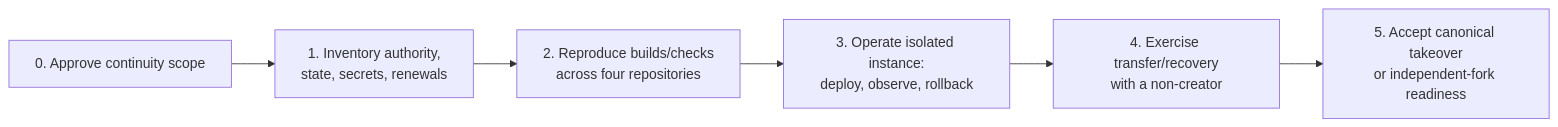
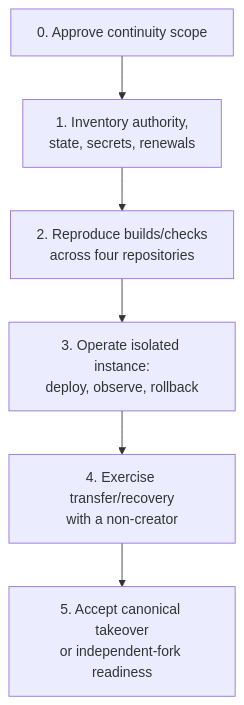
Before and after one commit to wgo-audit/reports: the diagram in audits/vanityurls.link/2026-07-22/controls/maintenance/time-to-safety.md, drawn with Mermaid. The commit also changed 10 other files, not shown here.

Commit message:
Batch fixed mermaid diagrams that were too wide (#11)

````diff
--- a/audits/vanityurls.link/2026-07-22/controls/maintenance/time-to-safety.md
+++ b/audits/vanityurls.link/2026-07-22/controls/maintenance/time-to-safety.md
@@ -22,8 +22,8 @@
 ```mermaid
-flowchart LR
+flowchart TB
   G0["0. Approve continuity scope"] --> G1["1. Inventory authority,<br/>state, secrets, renewals"]
   G1 --> G2["2. Reproduce builds/checks<br/>across four repositories"]
   G2 --> G3["3. Operate isolated instance:<br/>deploy, observe, rollback"]
   G3 --> G4["4. Exercise transfer/recovery<br/>with a non-creator"]
   G4 --> G5["5. Accept canonical takeover<br/>or independent-fork readiness"]
 ```
````
